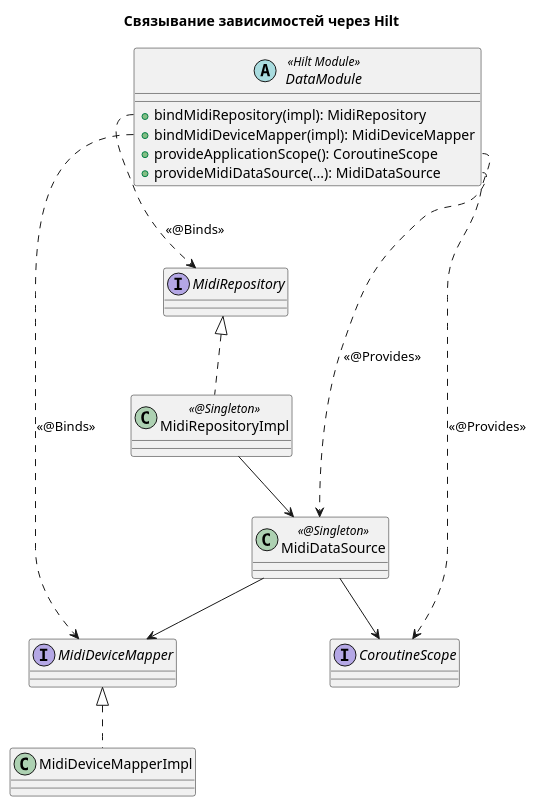
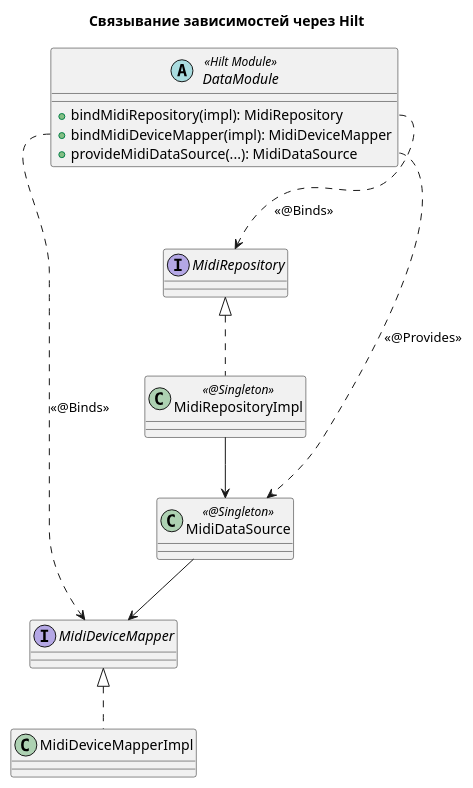
The second of 3 diagrams in docs/ts/MIDI_CONNECTION.md (astrizhachuk/PianoFlow), drawn with PlantUML before and after one commit. The commit also changed other lines of this file and 2 other files, not shown here.

Commit message:
refactor: удалить CoroutineScope из зависимостей MidiDataSource

````diff
--- a/docs/ts/MIDI_CONNECTION.md
+++ b/docs/ts/MIDI_CONNECTION.md
@@ -143,35 +135,31 @@
 ```plantuml
 @startuml
 title Связывание зависимостей через Hilt
 
 interface MidiRepository
 class MidiRepositoryImpl <<@Singleton>>
 interface MidiDeviceMapper
 class MidiDeviceMapperImpl
 class MidiDataSource <<@Singleton>>
-interface CoroutineScope
 
 abstract class DataModule <<Hilt Module>> {
   +bindMidiRepository(impl): MidiRepository
   +bindMidiDeviceMapper(impl): MidiDeviceMapper
-  +provideApplicationScope(): CoroutineScope
   +provideMidiDataSource(...): MidiDataSource
 }
 
 ' Реализация
 MidiRepositoryImpl .up.|> MidiRepository
 MidiDeviceMapperImpl .up.|> MidiDeviceMapper
 
 ' Ассоциация
 MidiRepositoryImpl --> MidiDataSource
-MidiDataSource --> CoroutineScope
 MidiDataSource --> MidiDeviceMapper
 
 ' Зависимость
 DataModule::bindMidiRepository ..> MidiRepository : <<@Binds>>
 DataModule::bindMidiDeviceMapper ..> MidiDeviceMapper : <<@Binds>>
 DataModule::provideMidiDataSource ..> MidiDataSource : <<@Provides>>
-DataModule::provideApplicationScope ..> CoroutineScope : <<@Provides>>
 
 @enduml
 ```
````
